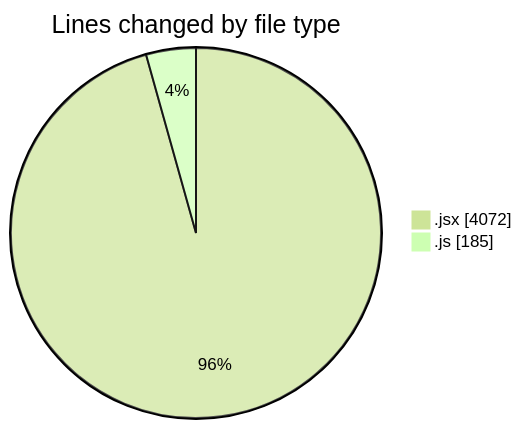
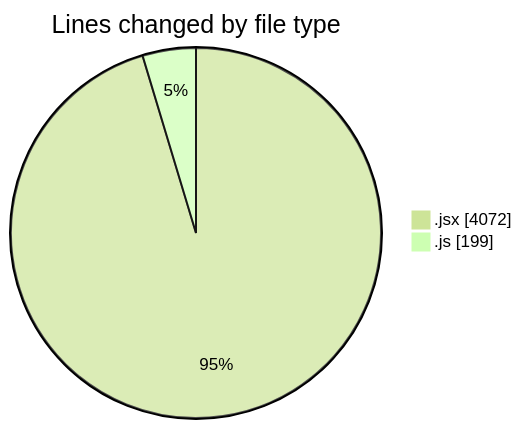
Before and after one commit to nxtqubesakshisongat/code-tracking: the first of 2 diagrams in 2025-07-24/nxtqube_webapp/README.md, drawn with Mermaid (forest theme). The commit also changed other lines of this file and 1 other file, not shown here.

````diff
--- a/2025-07-24/nxtqube_webapp/README.md
+++ b/2025-07-24/nxtqube_webapp/README.md
@@ -25,6 +25,6 @@
 ```mermaid
 pie showData
 title Lines changed by file type
 ".jsx" : 4072
-".js" : 185
+".js" : 199
 ```
````
